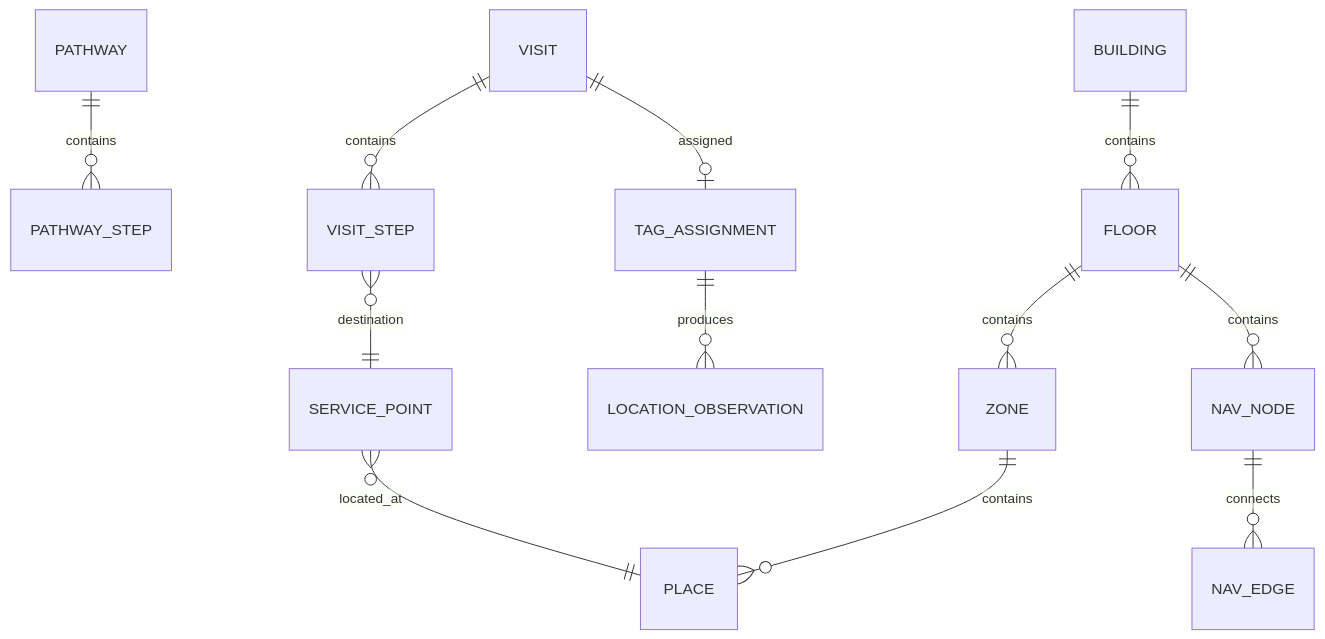
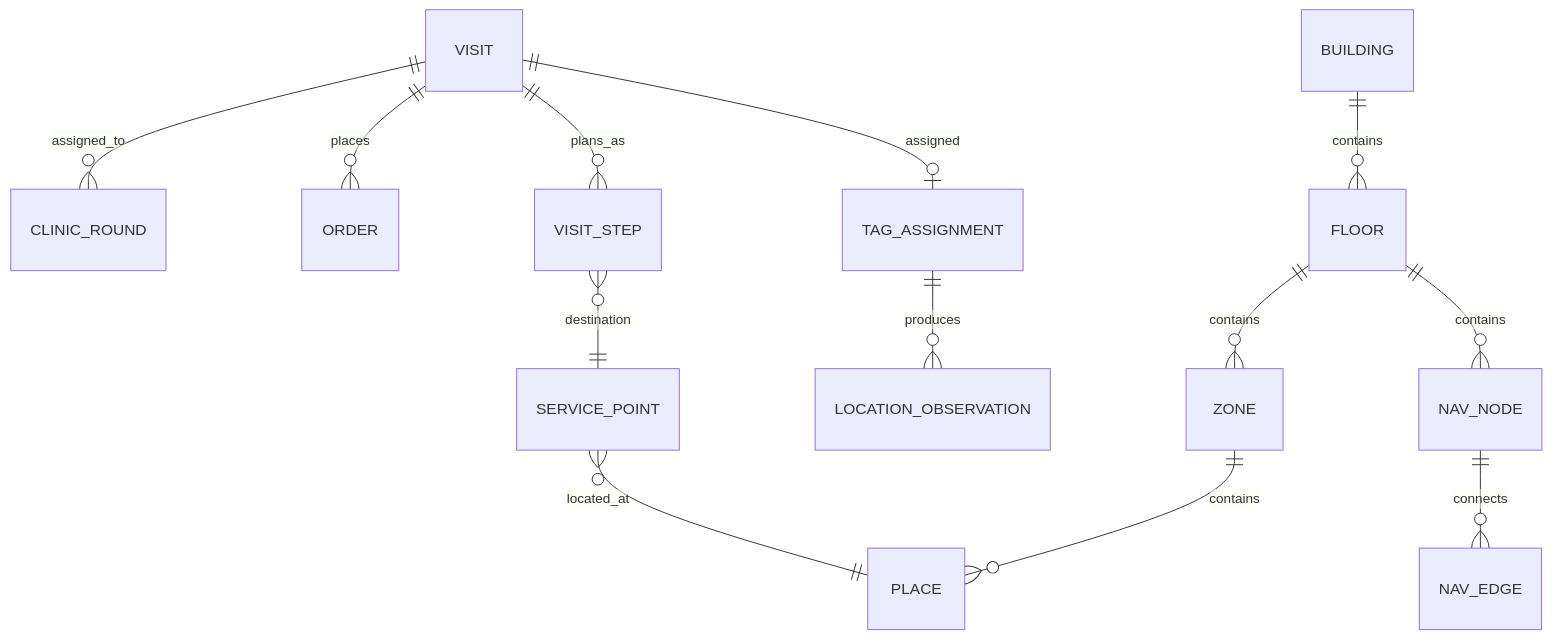
Before and after one commit to somprasongd/carepath: the diagram in docs/architecture/domain-model.md, drawn with Mermaid. The commit also changed other lines of this file and 9 other files, not shown here.

````diff
--- a/docs/architecture/domain-model.md
+++ b/docs/architecture/domain-model.md
@@ -34,14 +43,15 @@
 ```mermaid
 erDiagram
-    PATHWAY ||--o{ PATHWAY_STEP : contains
-    VISIT ||--o{ VISIT_STEP : contains
+    VISIT ||--o{ CLINIC_ROUND : assigned_to
+    VISIT ||--o{ ORDER : places
+    VISIT ||--o{ VISIT_STEP : plans_as
     VISIT_STEP }o--|| SERVICE_POINT : destination
     SERVICE_POINT }o--|| PLACE : located_at
     BUILDING ||--o{ FLOOR : contains
     FLOOR ||--o{ ZONE : contains
     ZONE ||--o{ PLACE : contains
     FLOOR ||--o{ NAV_NODE : contains
     NAV_NODE ||--o{ NAV_EDGE : connects
     VISIT ||--o| TAG_ASSIGNMENT : assigned
     TAG_ASSIGNMENT ||--o{ LOCATION_OBSERVATION : produces
 ```
````
